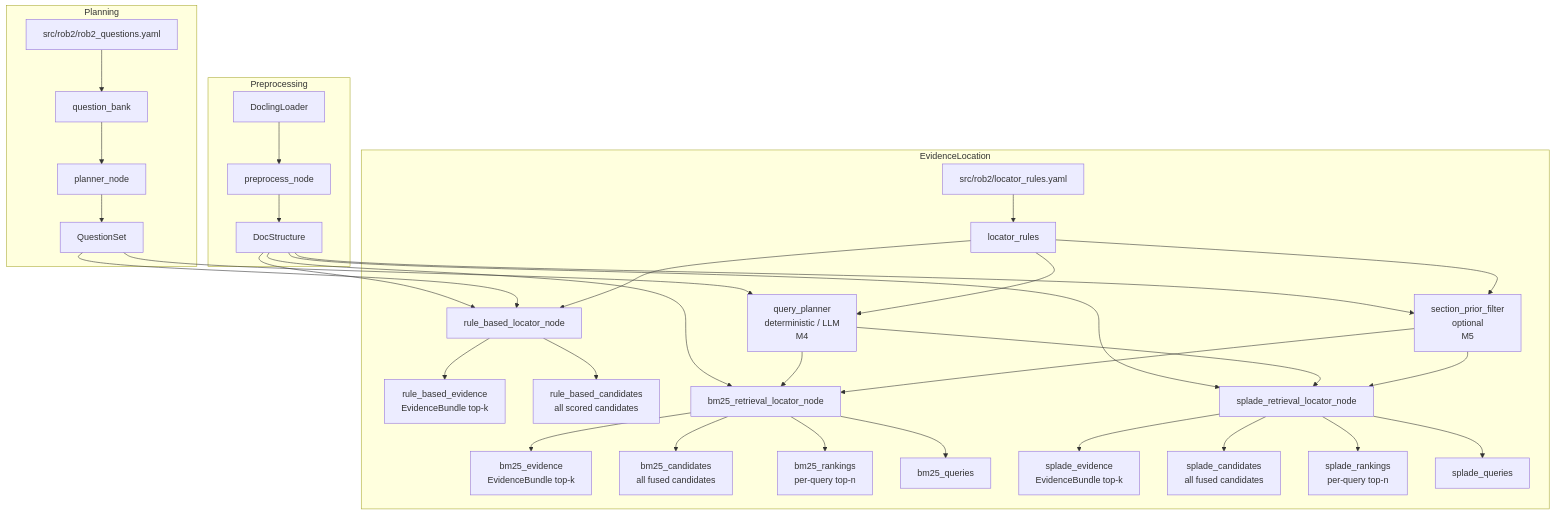
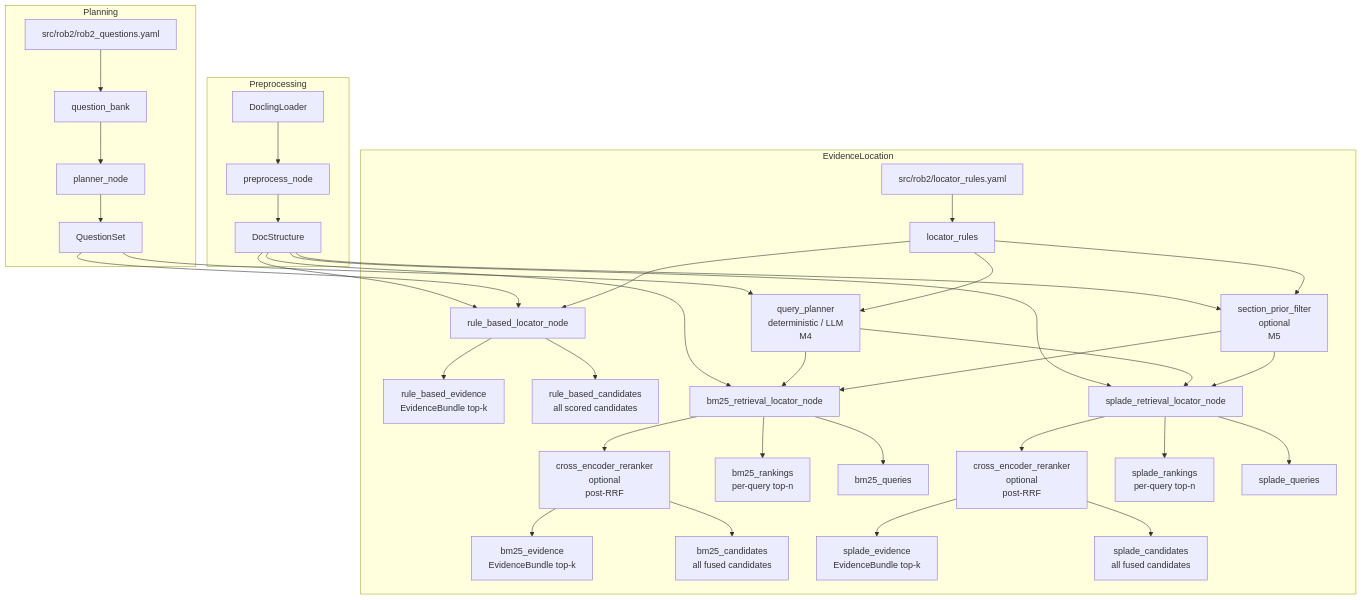
Before and after one commit to Younthing/eagent: the diagram in docs/system-uml.md, drawn with Mermaid. The commit also changed other lines of this file and 13 other files, not shown here.

Commit message:
feat: reranker , cross_encoder

````diff
--- a/docs/system-uml.md
+++ b/docs/system-uml.md
@@ -3,43 +3,45 @@
 ```mermaid
 flowchart TD
   subgraph Preprocessing
     A[DoclingLoader] --> B[preprocess_node]
     B --> C[DocStructure]
   end
 
   subgraph Planning
     D[src/rob2/rob2_questions.yaml] --> E[question_bank]
     E --> F[planner_node]
     F --> G[QuestionSet]
   end
 
   subgraph EvidenceLocation
     H[src/rob2/locator_rules.yaml] --> I[locator_rules]
     C --> J[rule_based_locator_node]
     G --> J
     I --> J
     J --> K[rule_based_evidence<br/>EvidenceBundle top-k]
     J --> L[rule_based_candidates<br/>all scored candidates]
 
     G --> QP[query_planner<br/>deterministic / LLM<br/>M4]
     I --> QP
 
     C --> M[bm25_retrieval_locator_node]
     QP --> M
     C --> R[section_prior_filter<br/>optional<br/>M5]
     I --> R
     R --> M
-    M --> N[bm25_evidence<br/>EvidenceBundle top-k]
-    M --> O[bm25_candidates<br/>all fused candidates]
+    M --> CE1[cross_encoder_reranker<br/>optional<br/>post-RRF]
+    CE1 --> N[bm25_evidence<br/>EvidenceBundle top-k]
+    CE1 --> O[bm25_candidates<br/>all fused candidates]
     M --> P[bm25_rankings<br/>per-query top-n]
     M --> Q[bm25_queries]
 
     C --> S[splade_retrieval_locator_node]
     QP --> S
     R --> S
-    S --> T[splade_evidence<br/>EvidenceBundle top-k]
-    S --> U[splade_candidates<br/>all fused candidates]
+    S --> CE2[cross_encoder_reranker<br/>optional<br/>post-RRF]
+    CE2 --> T[splade_evidence<br/>EvidenceBundle top-k]
+    CE2 --> U[splade_candidates<br/>all fused candidates]
     S --> V[splade_rankings<br/>per-query top-n]
     S --> W[splade_queries]
   end
 ```
````
